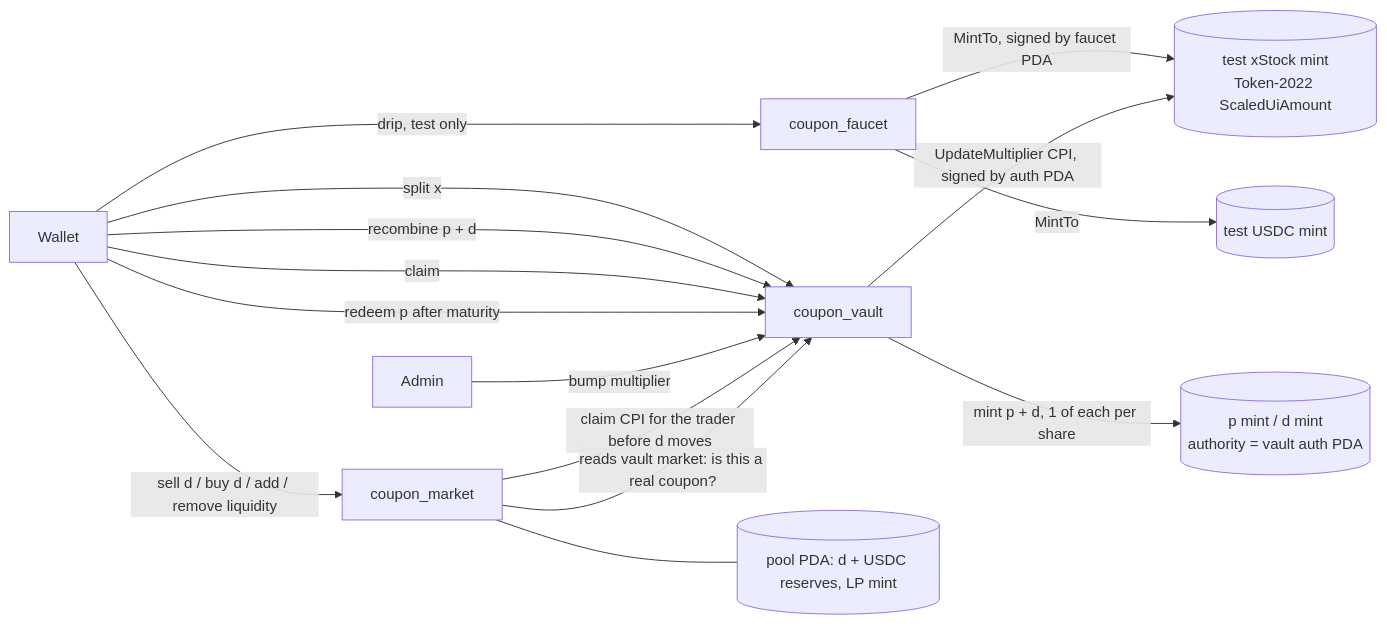
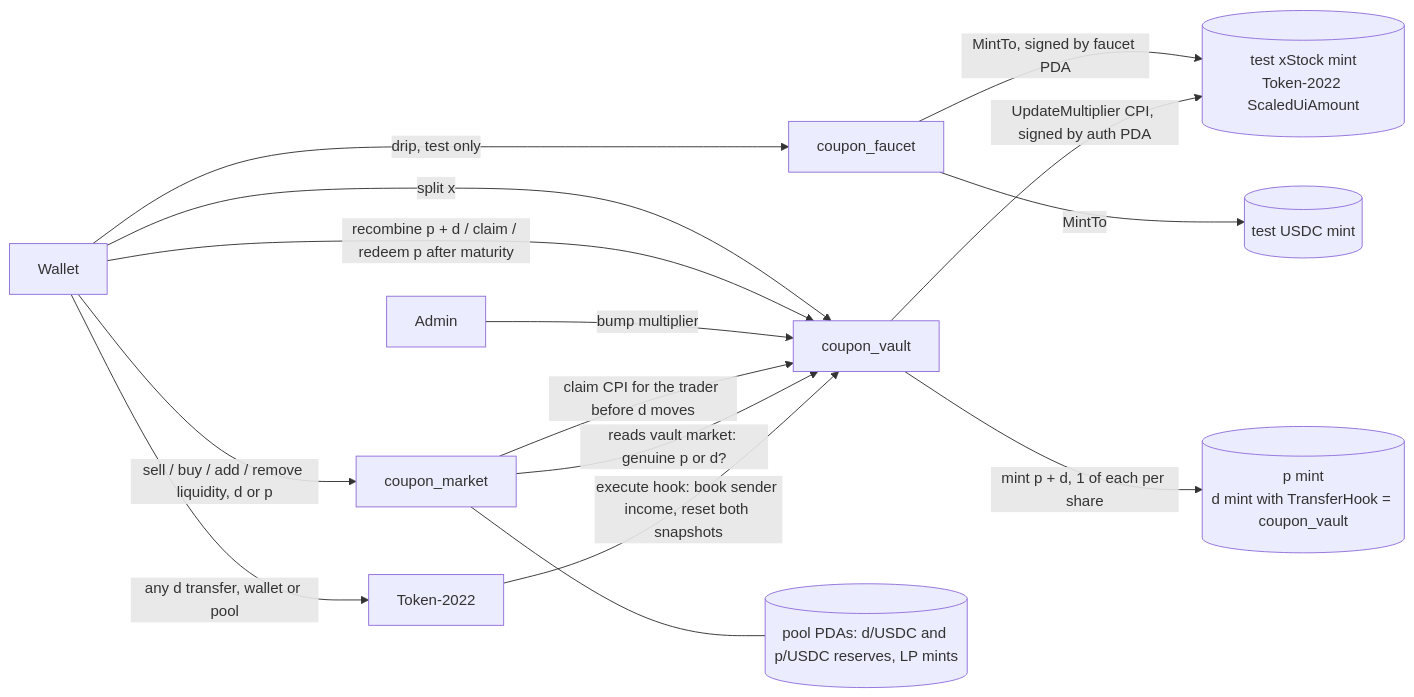
The diagram in README.md (xElvolution/coupon), drawn with Mermaid before and after one commit. The commit also changed other lines of this file and 17 other files, not shown here.

Commit message:
Redeploy markets with transfer hook coupons and share pools, add share trading to the app

````diff
--- a/README.md
+++ b/README.md
@@ -31,17 +32,17 @@
 ```mermaid
 flowchart LR
   U[Wallet] -->|drip, test only| F[coupon_faucet]
   F -->|MintTo, signed by faucet PDA| X[(test xStock mint<br/>Token-2022 ScaledUiAmount)]
   F -->|MintTo| C[(test USDC mint)]
   U -->|split x| V[coupon_vault]
-  V -->|mint p + d, 1 of each per share| PD[(p mint / d mint<br/>authority = vault auth PDA)]
-  U -->|recombine p + d| V
-  U -->|claim| V
-  U -->|redeem p after maturity| V
+  V -->|mint p + d, 1 of each per share| PD[(p mint<br/>d mint with TransferHook = coupon_vault)]
+  U -->|recombine p + d / claim / redeem p after maturity| V
   A[Admin] -->|bump multiplier| V
   V -->|UpdateMultiplier CPI, signed by auth PDA| X
-  U -->|sell d / buy d / add / remove liquidity| M[coupon_market]
+  U -->|sell / buy / add / remove liquidity, d or p| M[coupon_market]
   M -->|claim CPI for the trader before d moves| V
-  M -->|reads vault market: is this a real coupon?| V
-  M --- P[(pool PDA: d + USDC reserves, LP mint)]
+  M -->|reads vault market: genuine p or d?| V
+  M --- P[(pool PDAs: d/USDC and p/USDC reserves, LP mints)]
+  U -->|any d transfer, wallet or pool| T[Token-2022]
+  T -->|execute hook: book sender income, reset both snapshots| V
 ```
````
